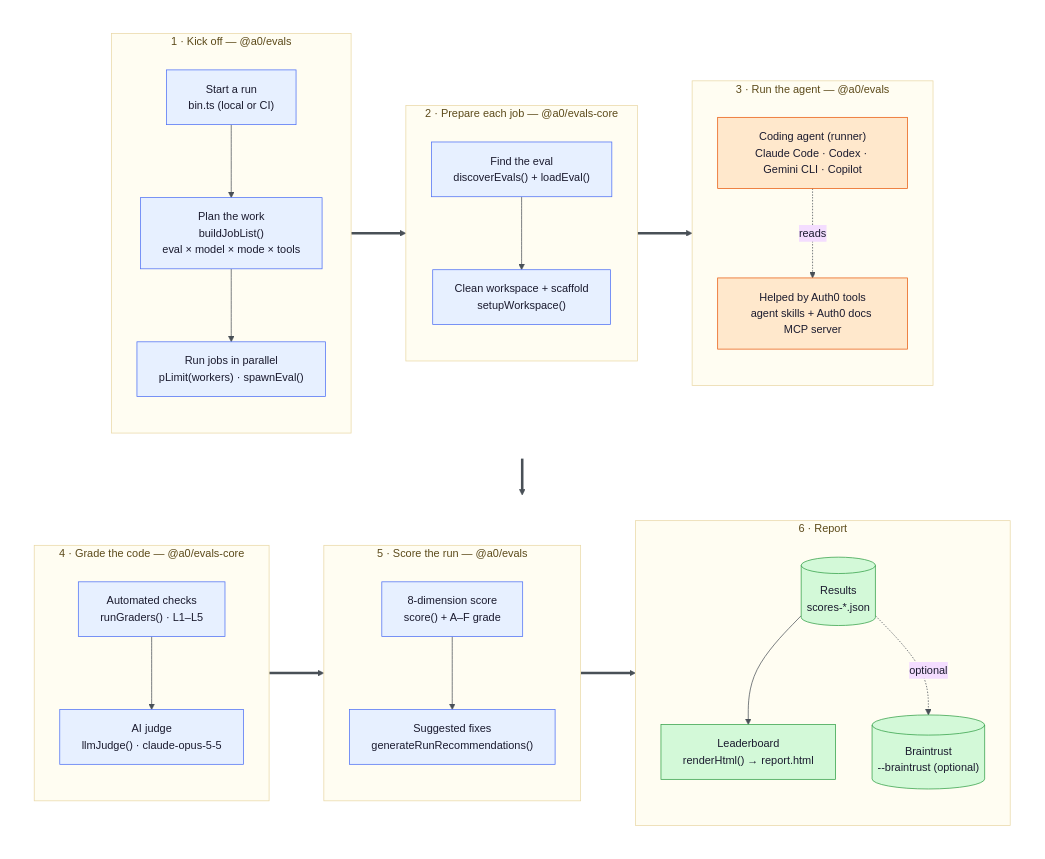
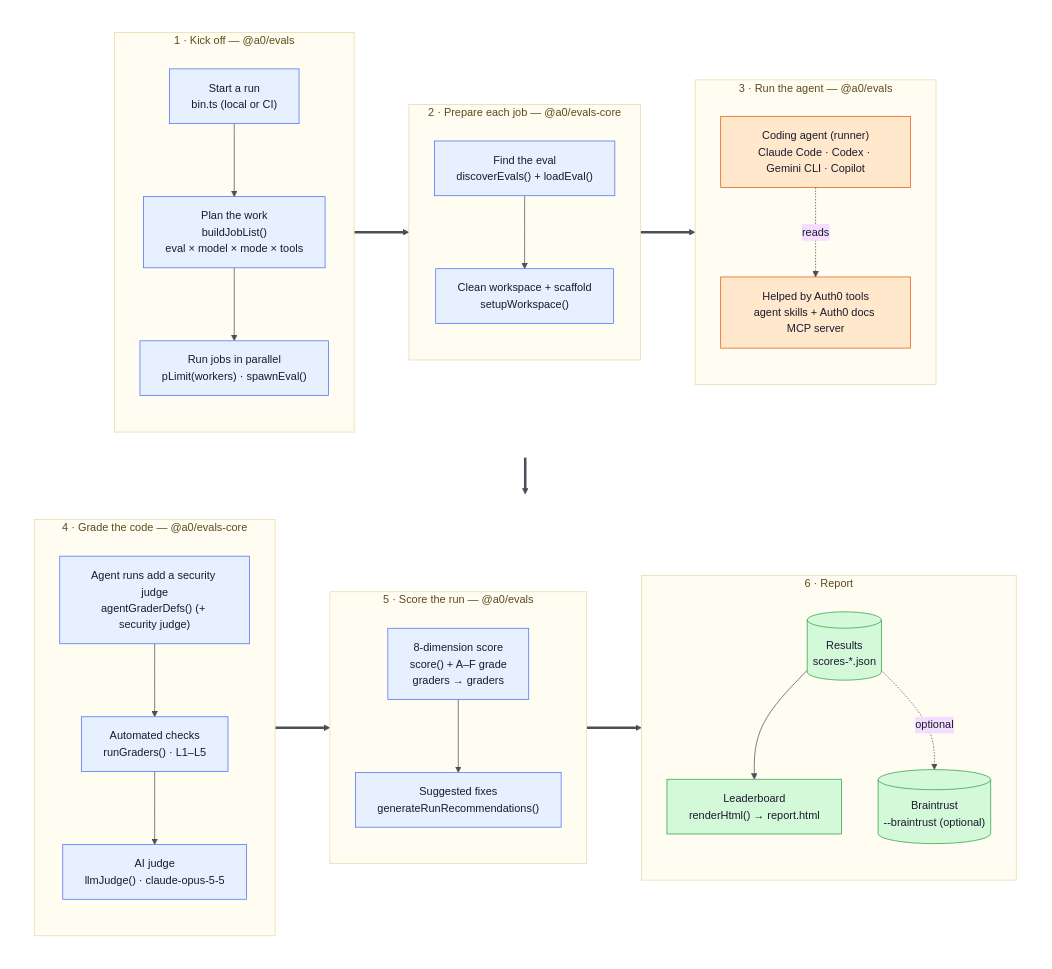
Before and after one commit to auth0/auth0-evals: the first of 4 diagrams in docs/ARCHITECTURE.md, drawn with Mermaid. The commit also changed other lines of this file and 31 other files, not shown here.

First line of the commit message:
feat(evals-core): add security judge to every agent run

````diff
--- a/docs/ARCHITECTURE.md
+++ b/docs/ARCHITECTURE.md
@@ -16,77 +16,78 @@
 ```mermaid
 %%{init: {'theme':'base', 'themeVariables': {
   'fontFamily':'ui-sans-serif, system-ui, sans-serif',
   'fontSize':'15px',
   'lineColor':'#495057','primaryTextColor':'#1A1A2E'
 }}}%%
 flowchart TB
     subgraph RowA[" "]
         direction LR
         subgraph CLI["1 · Kick off — @a0/evals"]
             direction TB
             Bin["Start a run<br/>bin.ts (local or CI)"]
             Matrix["Plan the work<br/>buildJobList()<br/>eval × model × mode × tools"]
             Pool["Run jobs in parallel<br/>pLimit(workers) · spawnEval()"]
             Bin --> Matrix --> Pool
         end
 
         subgraph Setup["2 · Prepare each job — @a0/evals-core"]
             direction TB
             Discover["Find the eval<br/>discoverEvals() + loadEval()"]
             WS["Clean workspace + scaffold<br/>setupWorkspace()"]
             Discover --> WS
         end
 
         subgraph Exec["3 · Run the agent — @a0/evals"]
             direction TB
             Runners["Coding agent (runner)<br/>Claude Code · Codex · Gemini CLI · Copilot"]
             Invest["Helped by Auth0 tools<br/>agent skills + Auth0 docs MCP server"]
             Runners -. reads .-> Invest
         end
     end
 
     subgraph RowB[" "]
         direction LR
         subgraph Grade["4 · Grade the code — @a0/evals-core"]
             direction TB
+            Defs["Agent runs add a security judge<br/>agentGraderDefs() (+ security judge)"]
             Engine["Automated checks<br/>runGraders() · L1–L5"]
             Judge["AI judge<br/>llmJudge() · claude-opus-5-5"]
-            Engine --> Judge
+            Defs --> Engine --> Judge
         end
 
         subgraph Score["5 · Score the run — @a0/evals"]
             direction TB
-            Scorer["8-dimension score<br/>score() + A–F grade"]
+            Scorer["8-dimension score<br/>score() + A–F grade<br/>graders → graders"]
             Recs["Suggested fixes<br/>generateRunRecommendations()"]
             Scorer --> Recs
         end
 
         subgraph Storage["6 · Report"]
             direction TB
             Results[("Results<br/>scores-*.json")]
             Report["Leaderboard<br/>renderHtml() → report.html"]
             BT[("Braintrust<br/>--braintrust (optional)")]
             Results --> Report
             Results -. optional .-> BT
         end
     end
 
     Pool ==> Discover
     WS ==> Runners
-    Runners ==> Engine
+    Runners ==> Defs
     Judge ==> Scorer
     Recs ==> Results
 
     classDef control fill:#E7F0FF,stroke:#4C6EF5,color:#1A1A2E;
     classDef work    fill:#FFE8CC,stroke:#E8590C,color:#1A1A2E;
     classDef data    fill:#D3F9D8,stroke:#2F9E44,color:#1A1A2E;
 
-    class Bin,Matrix,Pool,Discover,WS,Engine,Judge,Scorer,Recs control;
+    class Bin,Matrix,Pool,Discover,WS,Defs,Engine,Judge,Scorer,Recs control;
     class Runners,Invest work;
     class Results,Report,BT data;
 
     classDef cluster fill:#FFFDF2,stroke:#E9D8A6,color:#5C4A1A;
     class CLI,Setup,Exec,Grade,Score,Storage cluster;
     style RowA fill:none,stroke:none;
     style RowB fill:none,stroke:none;
 ```
````
